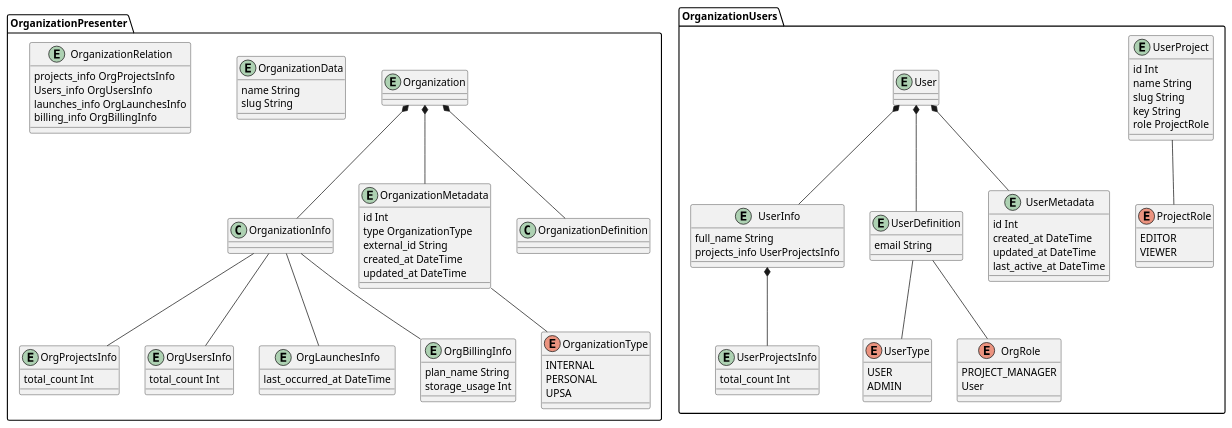
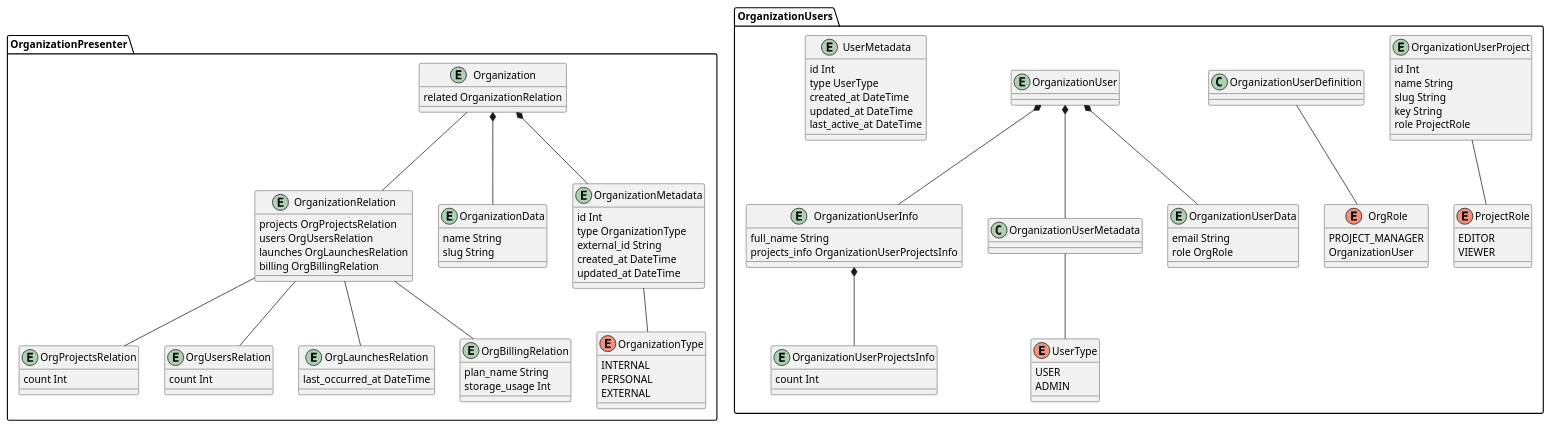
Before and after one commit to reportportal/api-registry: the diagram in docs/organizations/orgnizations.puml, drawn with PlantUML.

Commit message:
Refactor organization and user classes

```diff
--- a/docs/organizations/orgnizations.puml
+++ b/docs/organizations/orgnizations.puml
@@ -5,119 +5,119 @@
 @startuml organizational-entities
 
 package OrganizationPresenter {
   
-  entity Organization
+  entity Organization {
+    related OrganizationRelation
+  }
   
   entity OrganizationData {
     name String
     slug String
   }
+  Organization *-- OrganizationData
 
   entity OrganizationMetadata {
     id Int
     type OrganizationType
     external_id String
     created_at DateTime
     updated_at DateTime
   }
+  Organization *-- OrganizationMetadata
 
   entity OrganizationRelation {
-    projects_info OrgProjectsInfo
-    Users_info OrgUsersInfo
-    launches_info OrgLaunchesInfo
-    billing_info OrgBillingInfo
+    projects OrgProjectsRelation
+    users OrgUsersRelation
+    launches OrgLaunchesRelation
+    billing OrgBillingRelation
   }
+  OrganizationRelation -up- Organization
 
-  entity OrgProjectsInfo {
-    total_count Int
+  entity OrgProjectsRelation {
+    count Int
   }
-  OrgProjectsInfo -up- OrganizationInfo
+  OrgProjectsRelation -up- OrganizationRelation
 
-  entity OrgUsersInfo {
-    total_count Int
+  entity OrgUsersRelation {
+    count Int
   }
-  OrgUsersInfo -up- OrganizationInfo
+  OrgUsersRelation -up- OrganizationRelation
 
-  entity OrgLaunchesInfo {
+  entity OrgLaunchesRelation {
     last_occurred_at DateTime
   }
-  OrgLaunchesInfo -up- OrganizationInfo
+  OrgLaunchesRelation -up- OrganizationRelation
 
-  entity OrgBillingInfo {
+  entity OrgBillingRelation {
     plan_name String
     storage_usage Int
   }
-  OrgBillingInfo -up- OrganizationInfo
+  OrgBillingRelation -up- OrganizationRelation
 
   enum OrganizationType {
     INTERNAL
     PERSONAL
-    UPSA
+    EXTERNAL
   }
   OrganizationMetadata -- OrganizationType
-
-  Organization *-- OrganizationDefinition
-  Organization *-- OrganizationMetadata
-  Organization *-- OrganizationInfo
-
-
-
   
 }
 
 package OrganizationUsers {
 
-  entity User
+  entity OrganizationUser
 
-  entity UserDefinition {
+  entity OrganizationUserData {
     email String
+    role OrgRole
   }
-  UserDefinition -up-* User
+  OrganizationUserData -up-* OrganizationUser
 
   entity UserMetadata {
     id Int
+    type UserType
     created_at DateTime
     updated_at DateTime
     last_active_at DateTime
   }
-  UserMetadata -up-* User
+  OrganizationUserMetadata -up-* OrganizationUser
 
-  entity UserInfo {
+  entity OrganizationUserInfo {
     full_name String
-    projects_info UserProjectsInfo
+    projects_info OrganizationUserProjectsInfo
   }
-  UserInfo -up-* User
+  OrganizationUserInfo -up-* OrganizationUser
 
   enum UserType {
     USER
     ADMIN
   }
-  UserType -up- UserDefinition
+  UserType -up- OrganizationUserMetadata
 
   enum OrgRole {
     PROJECT_MANAGER
-    User
+    OrganizationUser
   }
-  OrgRole -up- UserDefinition
+  OrgRole -up- OrganizationUserDefinition
 
-  entity UserProjectsInfo {
-    total_count Int
+  entity OrganizationUserProjectsInfo {
+    count Int
   }
-  UserProjectsInfo -up-* UserInfo
+  OrganizationUserProjectsInfo -up-* OrganizationUserInfo
 
-  entity UserProject {
+  entity OrganizationUserProject {
     id Int
     name String
     slug String
     key String
     role ProjectRole
   }
 
   enum ProjectRole {
     EDITOR
     VIEWER
   }
-  ProjectRole -up- UserProject
+  ProjectRole -up- OrganizationUserProject
 }
 
 @enduml
```
